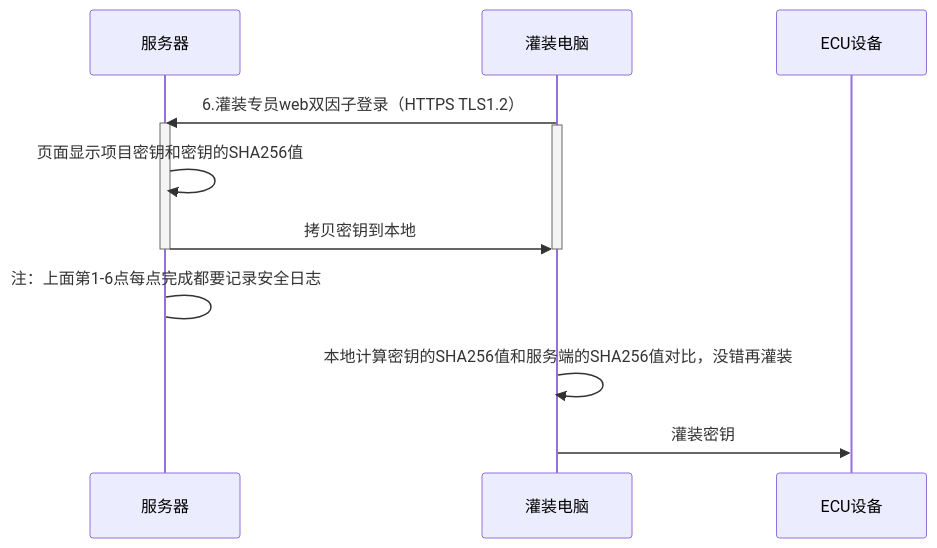
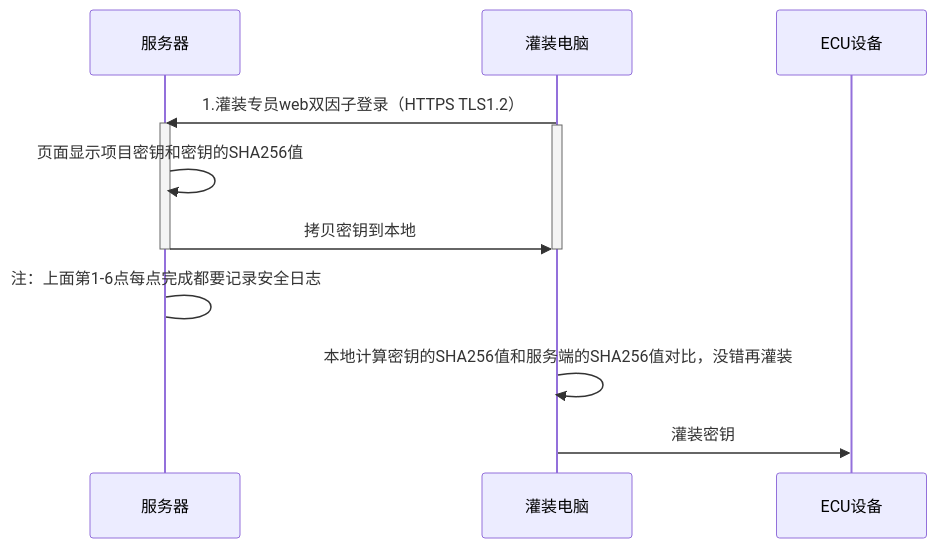
The diagram in all/未命名-23.md (facebook-cloud/iodraw-files), drawn with Mermaid before and after one commit.

Commit message:
2026-04-15 17:06:46 update

````diff
--- a/all/未命名-23.md
+++ b/all/未命名-23.md
@@ -1,24 +1,20 @@
 ```mermaid
 sequenceDiagram
   
     participant B as 服务器
     participant D as 灌装电脑
     participant E as ECU设备
 
- 
-
-
-
-    D->>B: 6.灌装专员web双因子登录（HTTPS TLS1.2）
+    D->>B: 1.灌装专员web双因子登录（HTTPS TLS1.2）
     activate B
     activate D
     B->>B: 页面显示项目密钥和密钥的SHA256值
     B->>D: 拷贝密钥到本地
     deactivate B
     deactivate D
     B->B: 注：上面第1-6点每点完成都要记录安全日志
 
     D->>D:本地计算密钥的SHA256值和服务端的SHA256值对比，没错再灌装
     
     D->>E: 灌装密钥
 ```
````
